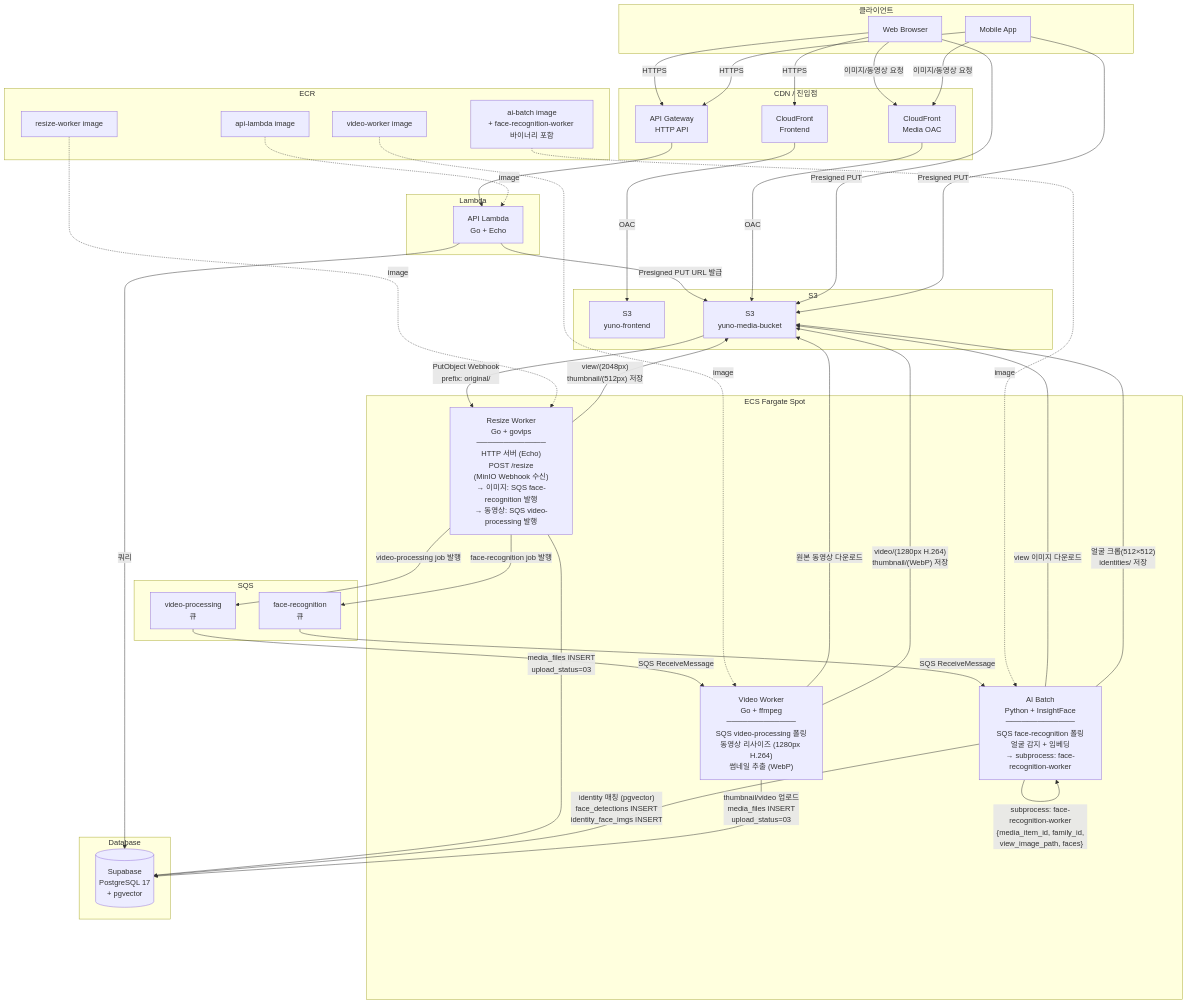
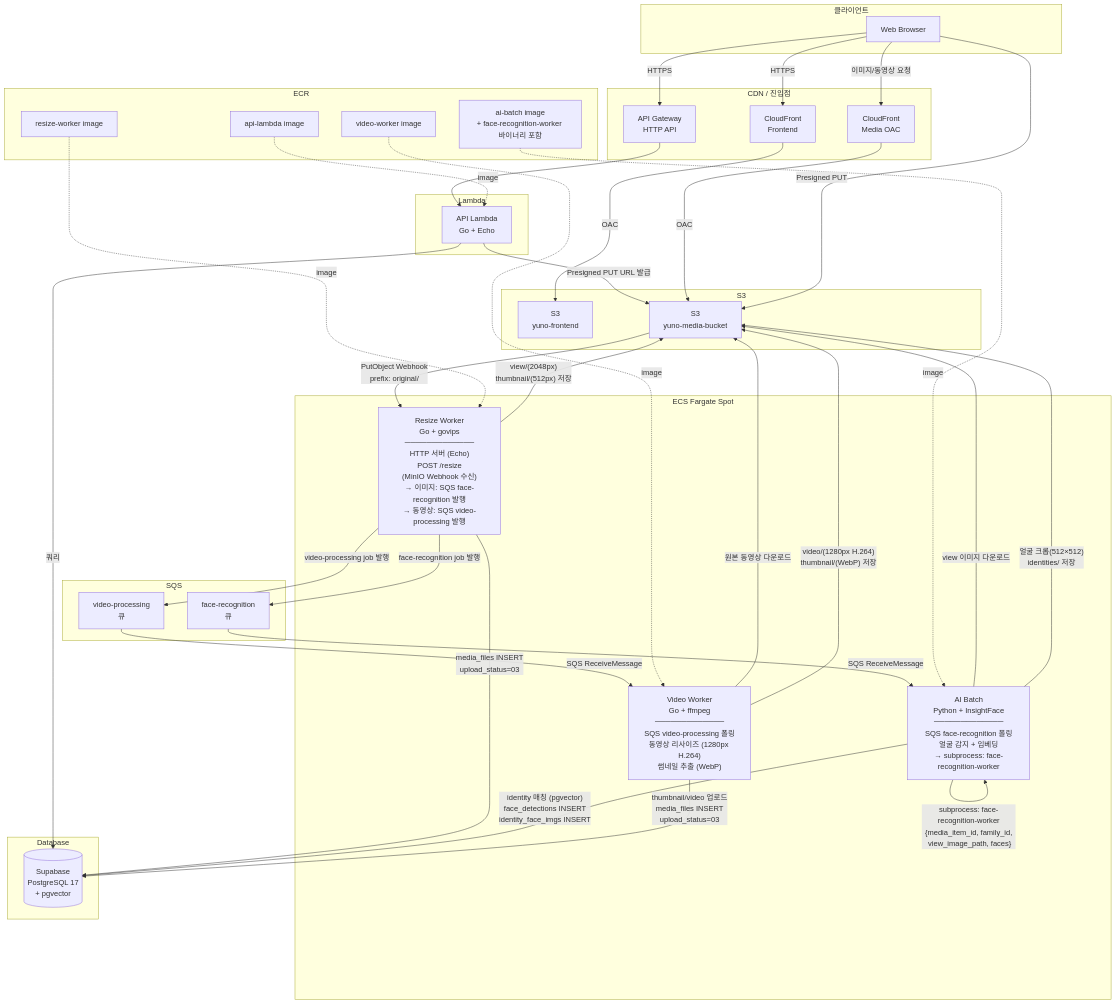
The first of 6 diagrams in docs/03-aws-infrastructure.md (ywl0806/yuno_kiroku), drawn with Mermaid before and after one commit. The commit also changed other lines of this file and 4 other files, not shown here.

```diff
--- a/docs/03-aws-infrastructure.md
+++ b/docs/03-aws-infrastructure.md
@@ -10,7 +10,6 @@
 graph TB
     subgraph Client["클라이언트"]
         WEB[Web Browser]
-        MOB[Mobile App]
     end
 
     subgraph CDN["CDN / 진입점"]
@@ -53,7 +52,6 @@
     %% 클라이언트 → 진입점
     WEB -->|HTTPS| CF_FRONT
     WEB -->|HTTPS| APIGW
-    MOB -->|HTTPS| APIGW
 
     %% Frontend 정적 파일
     CF_FRONT -->|OAC| S3_FRONT
@@ -65,12 +63,10 @@
 
     %% 미디어 파일 서빙
     WEB -->|이미지/동영상 요청| CF_MEDIA
-    MOB -->|이미지/동영상 요청| CF_MEDIA
     CF_MEDIA -->|OAC| S3_MEDIA
 
     %% 클라이언트 → S3 직접 업로드
     WEB -->|Presigned PUT| S3_MEDIA
-    MOB -->|Presigned PUT| S3_MEDIA
 
     %% S3 이벤트 → Resize Worker
     S3_MEDIA -->|"PutObject Webhook\nprefix: original/"| ECS_RESIZE
```
